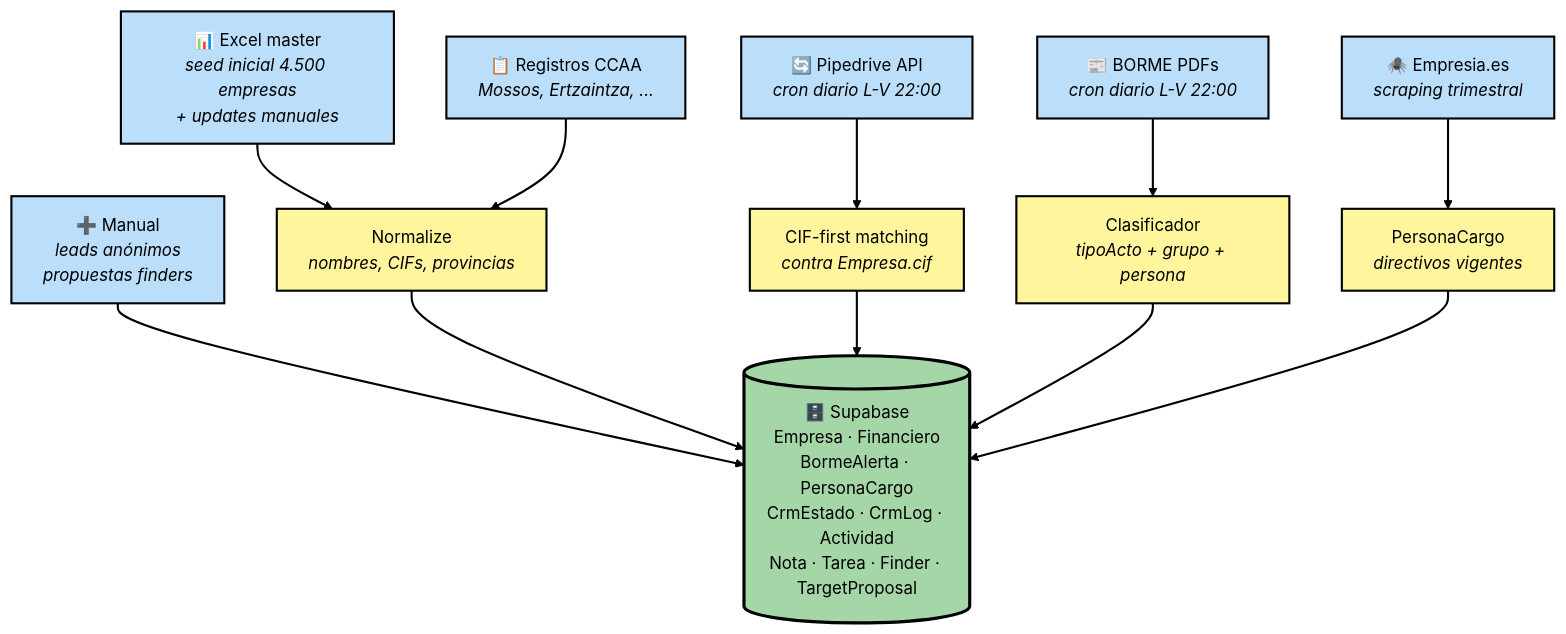
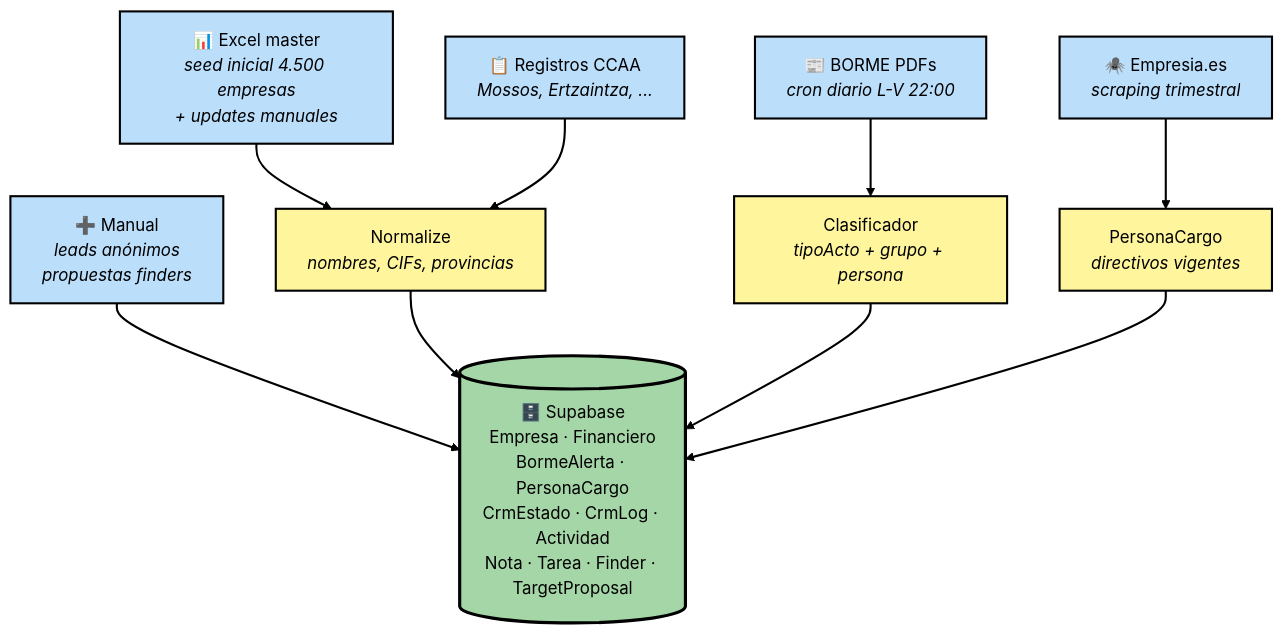
The third of 7 diagrams in docs/ARCHITECTURE.md (albertofontiber/war-room), drawn with Mermaid before and after one commit. The commit also changed other lines of this file and 19 other files, not shown here.

````diff
--- a/docs/ARCHITECTURE.md
+++ b/docs/ARCHITECTURE.md
@@ -178,30 +177,26 @@
 ```mermaid
 flowchart TB
     A[📊 Excel master<br><i>seed inicial 4.500 empresas<br>+ updates manuales</i>] --> Norm[Normalize<br><i>nombres, CIFs, provincias</i>]
-    B[🔄 Pipedrive API<br><i>cron diario L-V 22:00</i>] --> Match[CIF-first matching<br><i>contra Empresa.cif</i>]
     C[📰 BORME PDFs<br><i>cron diario L-V 22:00</i>] --> Class[Clasificador<br><i>tipoActo + grupo + persona</i>]
     D[🕷️ Empresia.es<br><i>scraping trimestral</i>] --> Cargo[PersonaCargo<br><i>directivos vigentes</i>]
     E[📋 Registros CCAA<br><i>Mossos, Ertzaintza, ...</i>] --> Norm
     F[➕ Manual<br><i>leads anónimos<br>propuestas finders</i>] --> DB
 
     Norm --> DB
-    Match --> DB
     Class --> DB
     Cargo --> DB
 
     DB[(🗄️ Supabase<br>Empresa · Financiero<br>BormeAlerta · PersonaCargo<br>CrmEstado · CrmLog · Actividad<br>Nota · Tarea · Finder · TargetProposal)]
 
     style A fill:#bbdefb,stroke:#000000,color:#000000,stroke-width:2px
-    style B fill:#bbdefb,stroke:#000000,color:#000000,stroke-width:2px
     style C fill:#bbdefb,stroke:#000000,color:#000000,stroke-width:2px
     style D fill:#bbdefb,stroke:#000000,color:#000000,stroke-width:2px
     style E fill:#bbdefb,stroke:#000000,color:#000000,stroke-width:2px
     style F fill:#bbdefb,stroke:#000000,color:#000000,stroke-width:2px
     style Norm fill:#fff59d,stroke:#000000,color:#000000,stroke-width:2px
-    style Match fill:#fff59d,stroke:#000000,color:#000000,stroke-width:2px
     style Class fill:#fff59d,stroke:#000000,color:#000000,stroke-width:2px
     style Cargo fill:#fff59d,stroke:#000000,color:#000000,stroke-width:2px
     style DB fill:#a5d6a7,stroke:#000000,color:#000000,stroke-width:3px
 
     linkStyle default stroke:#000000,stroke-width:2px
 ```
````
